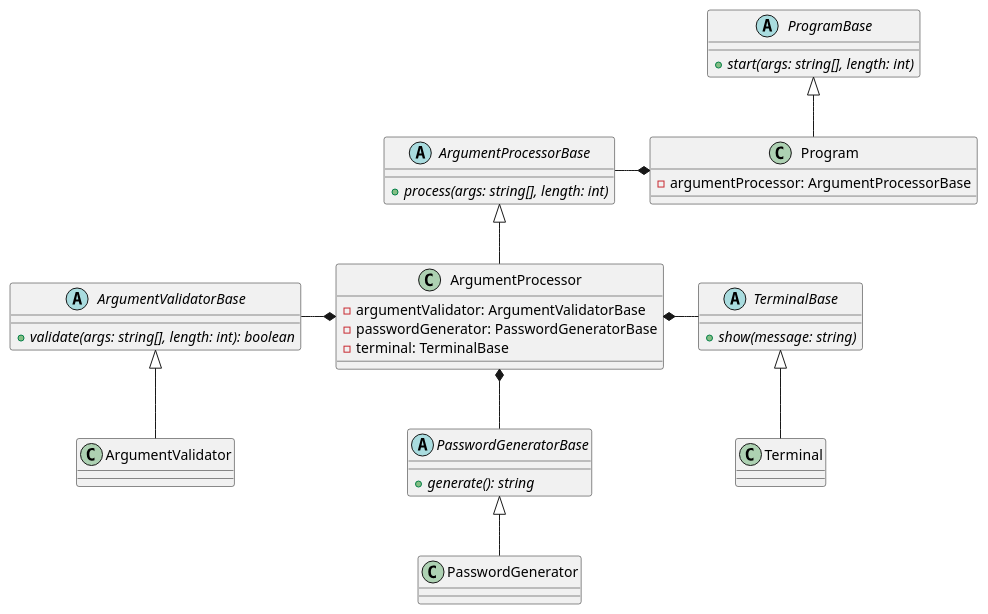
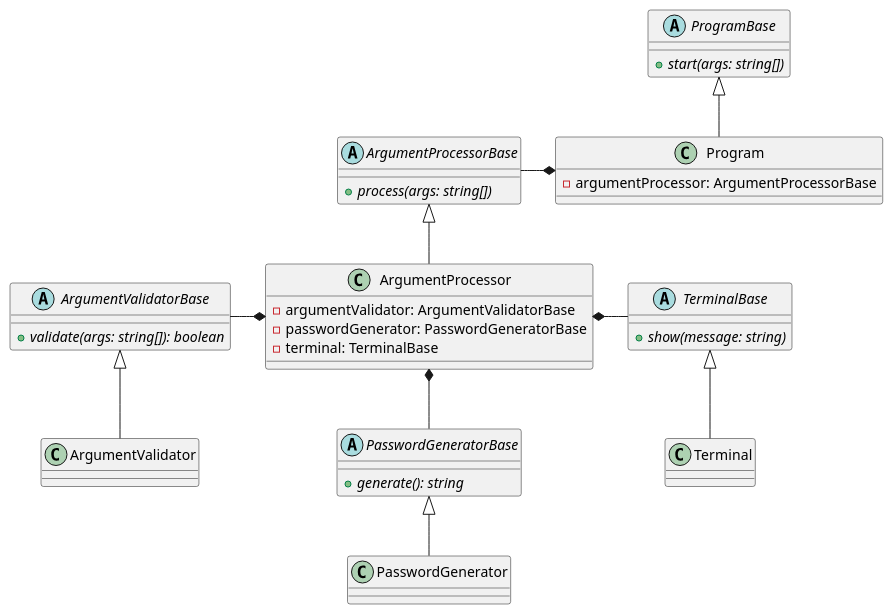
Before and after one commit to djvelimir/demo-python-cli: the diagram in diagrams/Class.puml, drawn with PlantUML. The commit also changed 8 other files, not shown here.

Commit message:
Refactoring: update diagrams

```diff
--- a/diagrams/Class.puml
+++ b/diagrams/Class.puml
@@ -1,52 +1,52 @@
 @startuml class
 abstract class ProgramBase {
-    + {abstract} start(args: string[], length: int)
+    + {abstract} start(args: string[])
 }
 
 class Program {
     - argumentProcessor: ArgumentProcessorBase
 }
 
 abstract class ArgumentValidatorBase {
-    + {abstract} validate(args: string[], length: int): boolean
+    + {abstract} validate(args: string[]): boolean
 }
 
 class ArgumentValidator {
 }
 
 abstract class ArgumentProcessorBase {
-    + {abstract} process(args: string[], length: int)
+    + {abstract} process(args: string[])
 }
 
 class ArgumentProcessor {
     - argumentValidator: ArgumentValidatorBase
     - passwordGenerator: PasswordGeneratorBase
     - terminal: TerminalBase
 }
 
 abstract class TerminalBase {
     + {abstract} show(message: string)
 }
 
 class Terminal {
 }
 
 abstract class PasswordGeneratorBase {
     + {abstract} generate(): string
 }
 
 class PasswordGenerator {
 }
 
 ArgumentValidatorBase <|-- ArgumentValidator
 ArgumentProcessorBase <|-- ArgumentProcessor
 TerminalBase <|-- Terminal
 PasswordGeneratorBase <|-- PasswordGenerator
 ProgramBase <|-- Program
 
 Program *--l ArgumentProcessorBase
 
 ArgumentProcessor *--l ArgumentValidatorBase
 ArgumentProcessor *--d PasswordGeneratorBase
 ArgumentProcessor *--r TerminalBase
 @enduml
```
